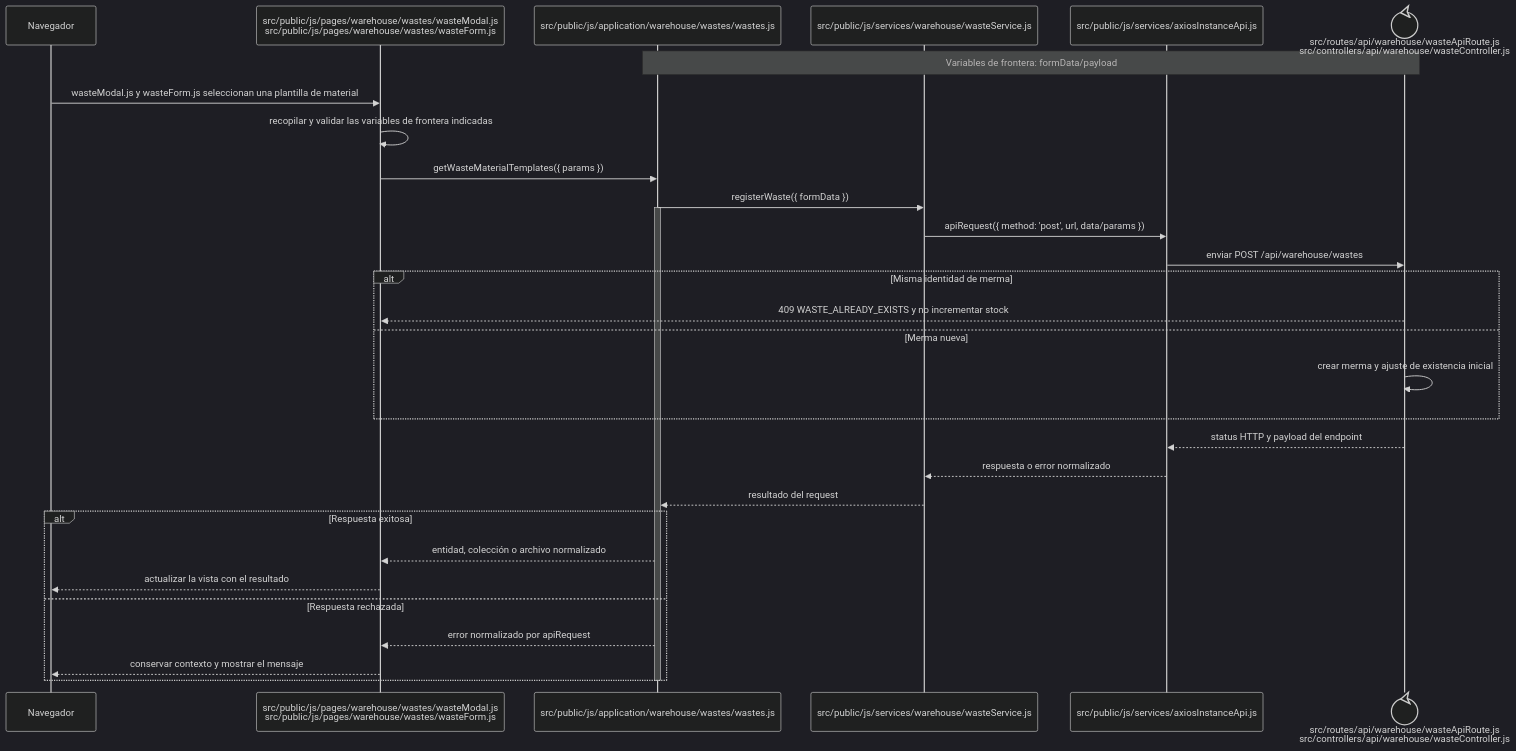
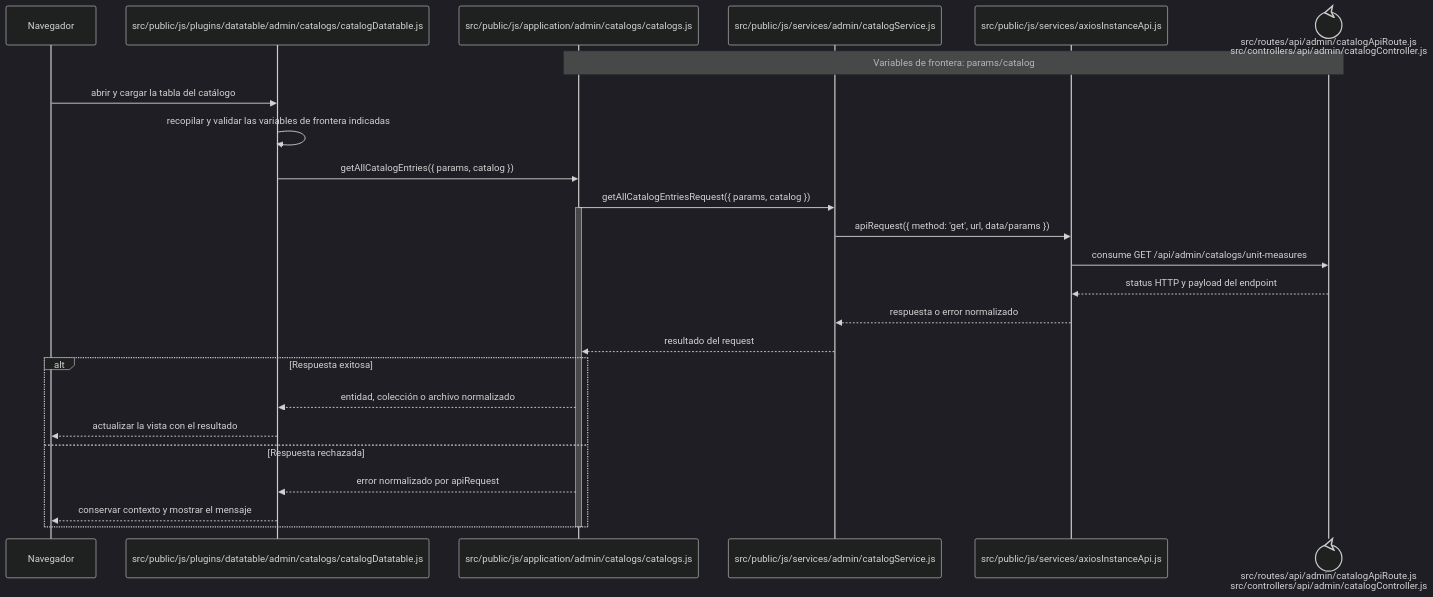
Before and after one commit to gpgsistemas01/nexus: the diagram in docs/architecture/frontend-code-sequences/catalogs/cu-cat-19.md, drawn with Mermaid (dark theme). The commit also changed other lines of this file and 287 other files, not shown here.

````diff
--- a/docs/architecture/frontend-code-sequences/catalogs/cu-cat-19.md
+++ b/docs/architecture/frontend-code-sequences/catalogs/cu-cat-19.md
@@ -6,34 +6,29 @@
 ```mermaid
 sequenceDiagram
     participant Browser as Navegador
-    participant View as src/public/js/pages/warehouse/wastes/wasteModal.js<br/>src/public/js/pages/warehouse/wastes/wasteForm.js
-    participant Application as src/public/js/application/warehouse/wastes/wastes.js
-    participant Request as src/public/js/services/warehouse/wasteService.js
+    participant View as src/public/js/plugins/datatable/admin/catalogs/catalogDatatable.js
+    participant Application as src/public/js/application/admin/catalogs/catalogs.js
+    participant Request as src/public/js/services/admin/catalogService.js
     participant HTTP as src/public/js/services/axiosInstanceApi.js
-    participant Transport@{ "type": "control" } as src/routes/api/warehouse/wasteApiRoute.js<br/>src/controllers/api/warehouse/wasteController.js
-    Note over Application,Transport: Variables de frontera: formData/payload
+    participant Transport@{ "type": "control" } as src/routes/api/admin/catalogApiRoute.js<br/>src/controllers/api/admin/catalogController.js
+    Note over Application,Transport: Variables de frontera: params/catalog
 
-    Browser->>View: wasteModal.js y wasteForm.js seleccionan una plantilla de material
+    Browser->>View: abrir y cargar la tabla del catálogo
     View->>View: recopilar y validar las variables de frontera indicadas
-    View->>Application: getWasteMaterialTemplates({ params })
-    Application->>Request: registerWaste({ formData })
+    View->>Application: getAllCatalogEntries({ params, catalog })
+    Application->>Request: getAllCatalogEntriesRequest({ params, catalog })
     activate Application
-    Request->>HTTP: apiRequest({ method: 'post', url, data/params })
-    HTTP->>Transport: enviar POST /api/warehouse/wastes
-    alt Misma identidad de merma
-        Transport-->>View: 409 WASTE_ALREADY_EXISTS y no incrementar stock
-    else Merma nueva
-        Transport->>Transport: crear merma y ajuste de existencia inicial
-    end
+    Request->>HTTP: apiRequest({ method: 'get', url, data/params })
+    HTTP->>Transport: consume GET /api/admin/catalogs/unit-measures
     Transport-->>HTTP: status HTTP y payload del endpoint
     HTTP-->>Request: respuesta o error normalizado
     Request-->>Application: resultado del request
     alt Respuesta exitosa
         Application-->>View: entidad, colección o archivo normalizado
         View-->>Browser: actualizar la vista con el resultado
     else Respuesta rechazada
         Application-->>View: error normalizado por apiRequest
         View-->>Browser: conservar contexto y mostrar el mensaje
     end
     deactivate Application
 ```
````
